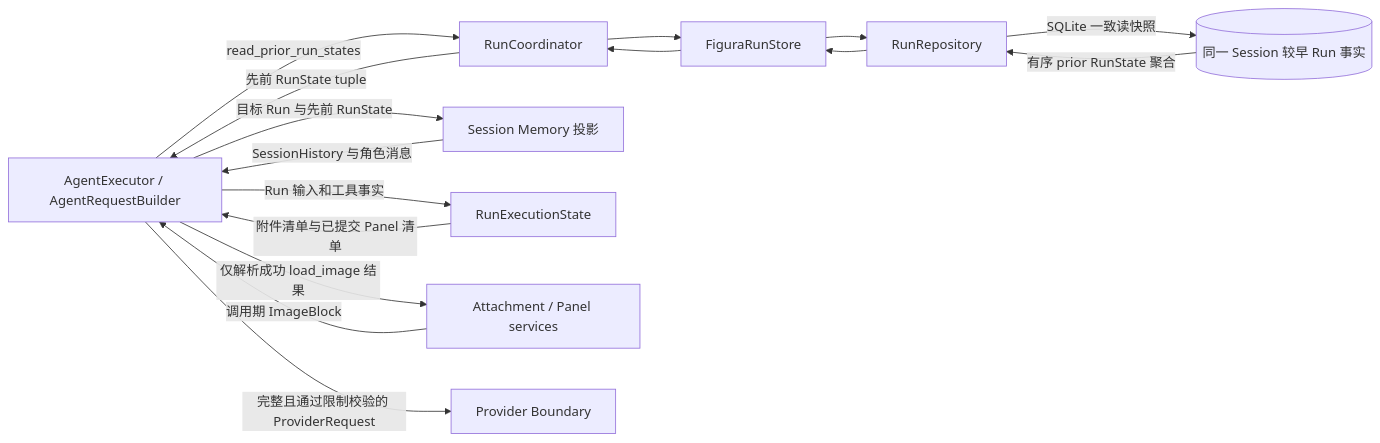
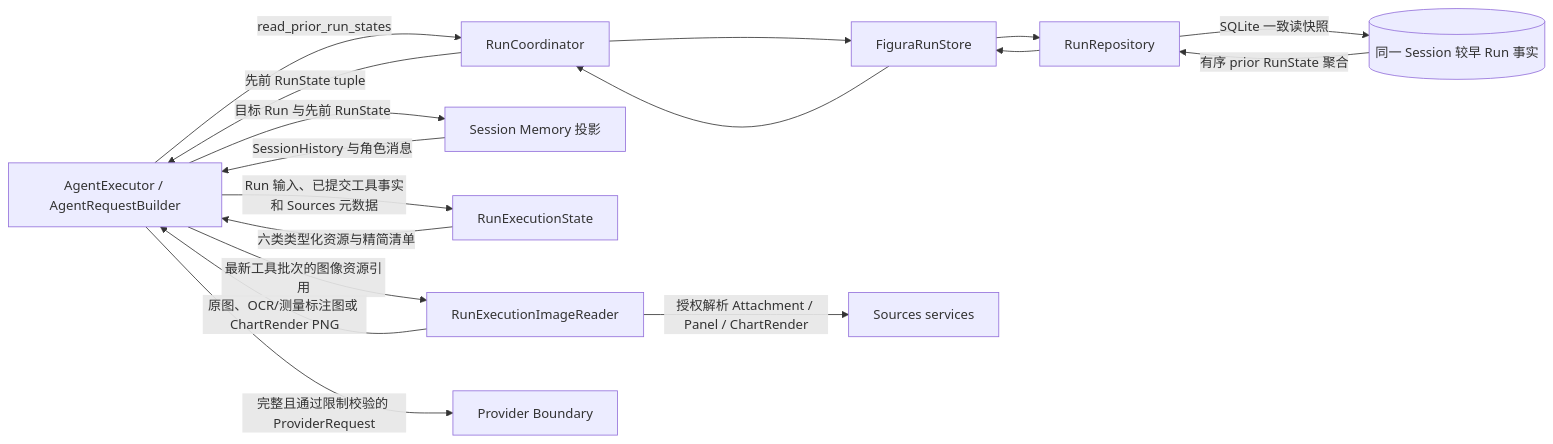
Before and after one commit to YeZibn/Figura: the diagram in docs/figura/memory.md, drawn with Mermaid. The commit also changed other lines of this file and 42 other files, not shown here.

Commit message:
refactor: 统一 RunExecutionState 为类型化资源目录并重构图像读取逻辑

````diff
--- a/docs/figura/memory.md
+++ b/docs/figura/memory.md
@@ -13,16 +13,17 @@
 ```mermaid
 flowchart LR
     Agent[AgentExecutor / AgentRequestBuilder] -->|read_prior_run_states| Coordinator[RunCoordinator]
     Coordinator --> Store[FiguraRunStore]
     Store --> Repo[RunRepository]
     Repo -->|SQLite 一致读快照| Facts[(同一 Session 较早 Run 事实)]
     Facts -->|有序 prior RunState 聚合| Repo
     Repo --> Store --> Coordinator -->|先前 RunState tuple| Agent
     Agent -->|目标 Run 与先前 RunState| Memory[Session Memory 投影]
     Memory -->|SessionHistory 与角色消息| Agent
-    Agent -->|Run 输入和工具事实| State[RunExecutionState]
-    State -->|附件清单与已提交 Panel 清单| Agent
-    Agent -->|仅解析成功 load_image 结果| Attach[Attachment / Panel services]
-    Attach -->|调用期 ImageBlock| Agent
+    Agent -->|Run 输入、已提交工具事实和 Sources 元数据| State[RunExecutionState]
+    State -->|六类类型化资源与精简清单| Agent
+    Agent -->|最新工具批次的图像资源引用| Reader[RunExecutionImageReader]
+    Reader -->|授权解析 Attachment / Panel / ChartRender| Sources[Sources services]
+    Reader -->|原图、OCR/测量标注图或 ChartRender PNG| Agent
     Agent -->|完整且通过限制校验的 ProviderRequest| Provider[Provider Boundary]
 ```
````
